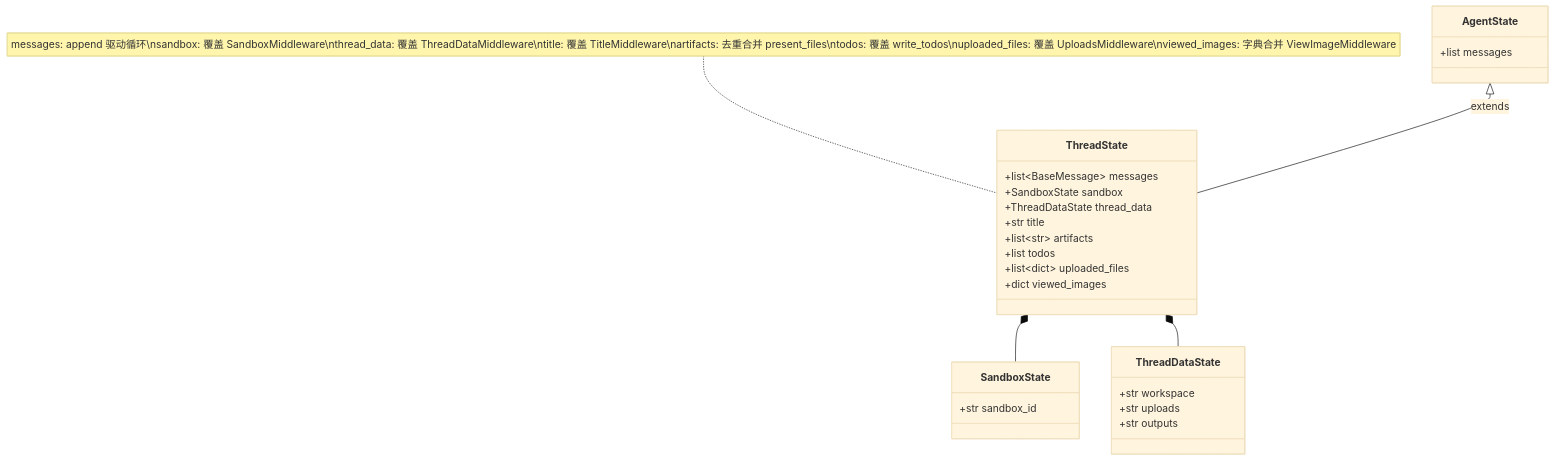
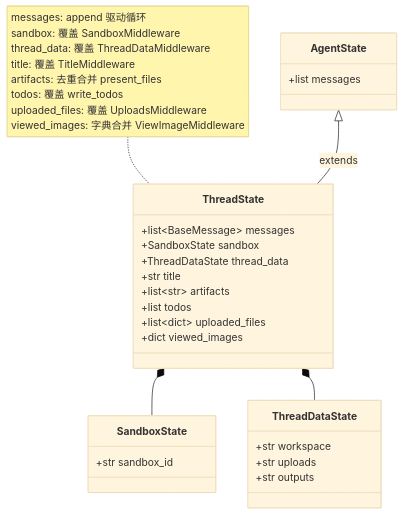
The tenth of 14 diagrams in deer-flow-main/docs/步骤/003-core.md (hata33/deer-flow), drawn with Mermaid (base theme) before and after one commit. The commit also changed other lines of this file and 7 other files, not shown here.

````diff
--- a/deer-flow-main/docs/步骤/003-core.md
+++ b/deer-flow-main/docs/步骤/003-core.md
@@ -300,33 +371,40 @@
 ```mermaid
 classDiagram
     class AgentState {
         +list messages
     }
 
     class ThreadState {
         +list~BaseMessage~ messages
         +SandboxState sandbox
         +ThreadDataState thread_data
         +str title
         +list~str~ artifacts
         +list todos
         +list~dict~ uploaded_files
         +dict viewed_images
     }
 
     class SandboxState {
         +str sandbox_id
     }
 
     class ThreadDataState {
         +str workspace
         +str uploads
         +str outputs
     }
 
     AgentState <|-- ThreadState : extends
     ThreadState *-- SandboxState
     ThreadState *-- ThreadDataState
 
-    note for ThreadState "messages: append 驱动循环\nsandbox: 覆盖 SandboxMiddleware\nthread_data: 覆盖 ThreadDataMiddleware\ntitle: 覆盖 TitleMiddleware\nartifacts: 去重合并 present_files\ntodos: 覆盖 write_todos\nuploaded_files: 覆盖 UploadsMiddleware\nviewed_images: 字典合并 ViewImageMiddleware"
+    note for ThreadState "messages: append 驱动循环
+sandbox: 覆盖 SandboxMiddleware
+thread_data: 覆盖 ThreadDataMiddleware
+title: 覆盖 TitleMiddleware
+artifacts: 去重合并 present_files
+todos: 覆盖 write_todos
+uploaded_files: 覆盖 UploadsMiddleware
+viewed_images: 字典合并 ViewImageMiddleware"
 ```
````
